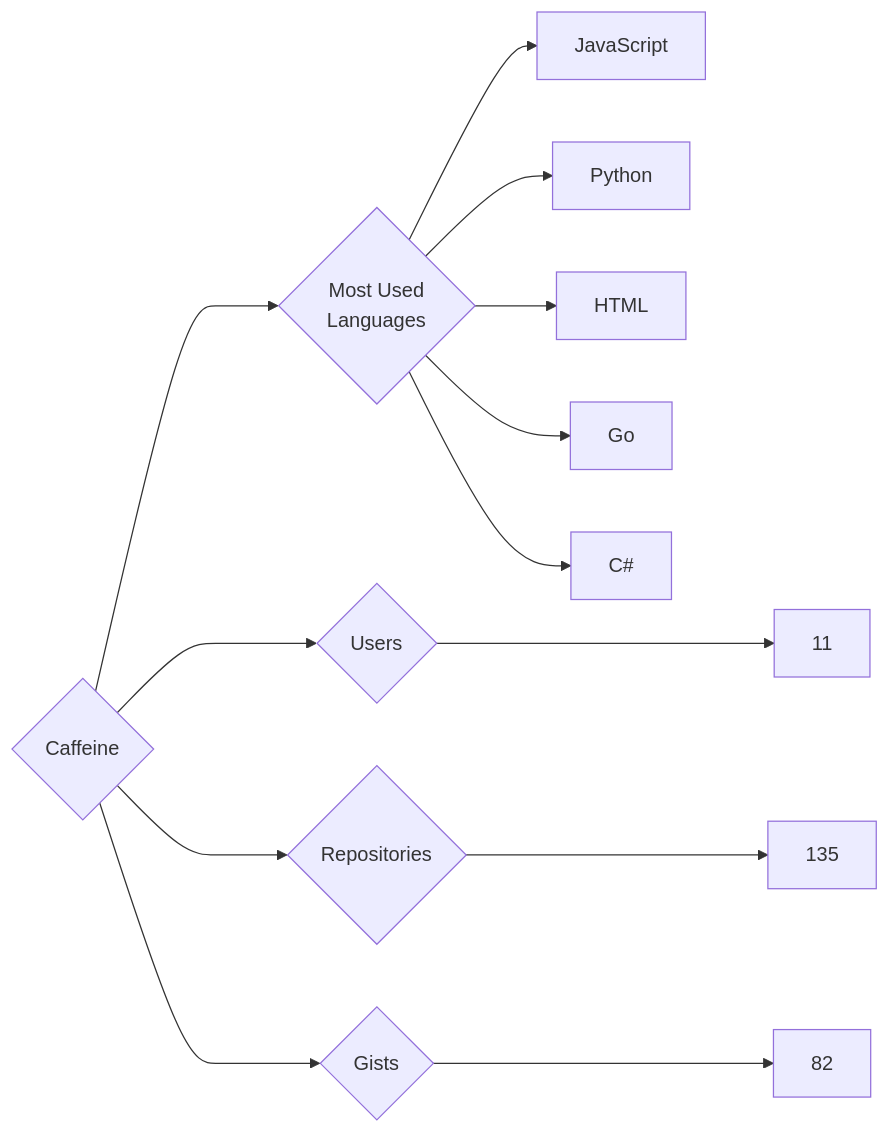
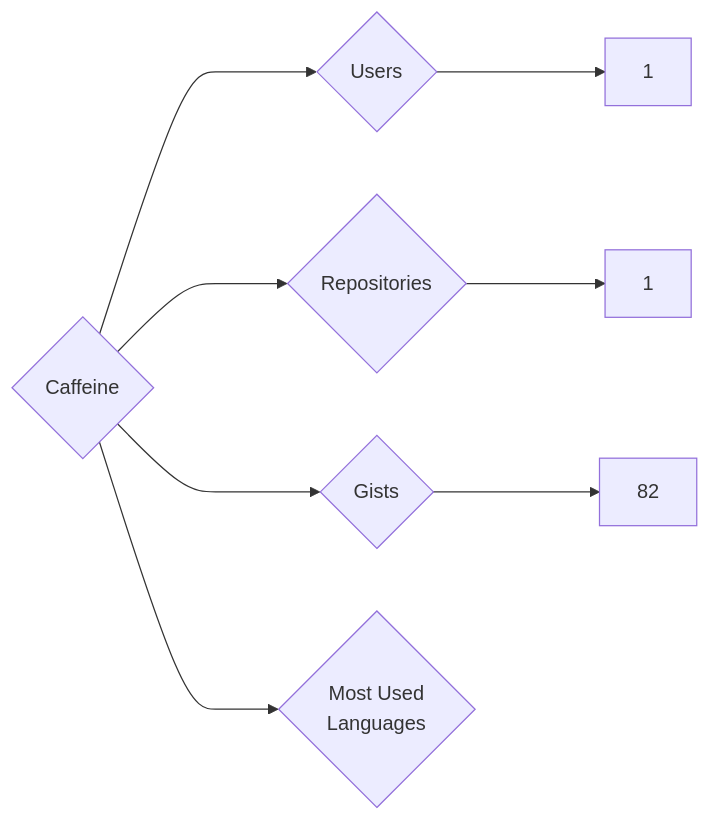
The diagram in targets/Caffeine/README.md (trickest/insiders), drawn with Mermaid before and after one commit. The commit also changed 823 other files, not shown here.

````diff
--- a/targets/Caffeine/README.md
+++ b/targets/Caffeine/README.md
@@ -3,13 +3,8 @@
 ```mermaid
 graph LR
 COMPANY_NAME{Caffeine}
-COMPANY_NAME ---> U{Users} ---> UN[11]
-COMPANY_NAME ---> R{Repositories} ---> RN[135]
+COMPANY_NAME ---> U{Users} ---> UN[1]
+COMPANY_NAME ---> R{Repositories} ---> RN[1]
 COMPANY_NAME ---> G{Gists} ---> GN[82]
 COMPANY_NAME ---> ML{Most Used<br>Languages}
-ML --> JavaScript[JavaScript]
-ML --> Python[Python]
-ML --> HTML[HTML]
-ML --> Go[Go]
-ML --> C#[C#]
 ```
````
